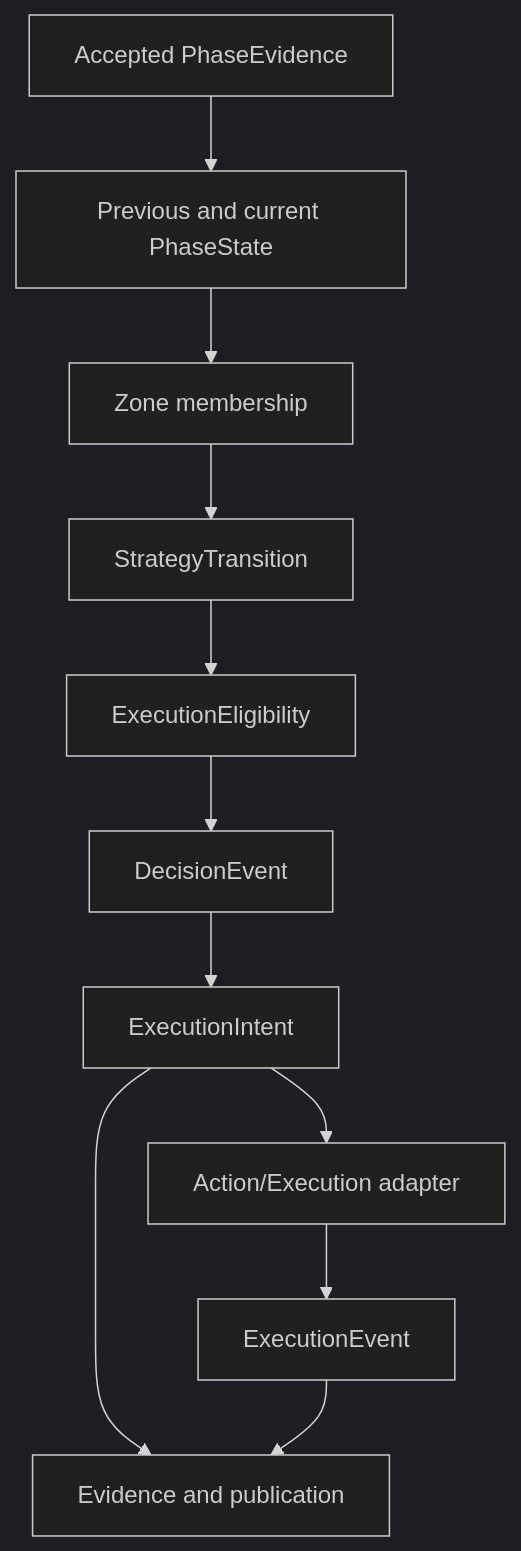
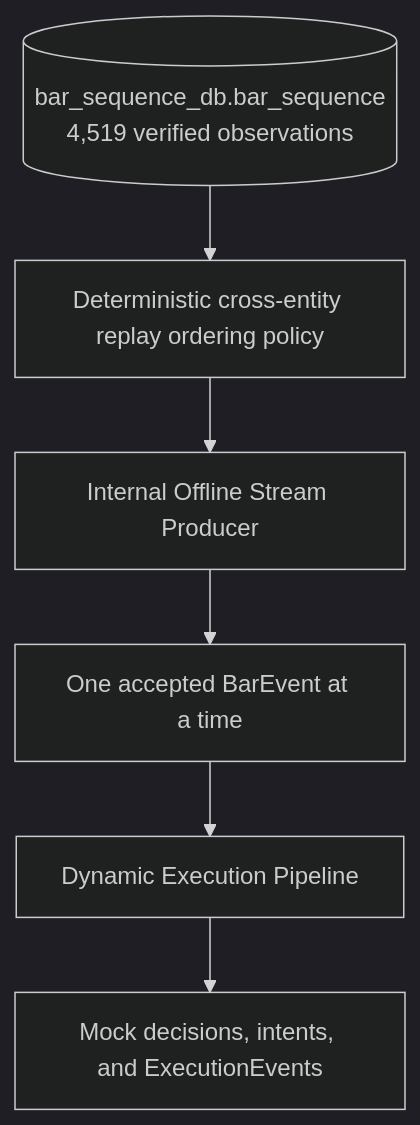
Before and after one commit to srao977/tramuthus: the ninth of 10 diagrams in DSE_JEH/docs/DSE_JEH_TRANS_SAT_1_SYSTEM_DESIGN_V0_1_091226.md, drawn with Mermaid (dark theme). The commit also changed other lines of this file and 1 other file, not shown here.

````diff
--- a/DSE_JEH/docs/DSE_JEH_TRANS_SAT_1_SYSTEM_DESIGN_V0_1_091226.md
+++ b/DSE_JEH/docs/DSE_JEH_TRANS_SAT_1_SYSTEM_DESIGN_V0_1_091226.md
@@ -429,16 +435,10 @@
 ```mermaid
 flowchart TD
-  PE[Accepted PhaseEvidence]
-  PS[Previous and current PhaseState]
-  Z[Zone membership]
-  T[StrategyTransition]
-  E[ExecutionEligibility]
-  D[DecisionEvent]
-  I[ExecutionIntent]
-  A[Evidence and publication]
-  X[Action/Execution adapter]
-  EE[ExecutionEvent]
-  PE --> PS --> Z --> T --> E --> D --> I
-  I --> A
-  I --> X --> EE --> A
+  DB[(bar_sequence_db.bar_sequence<br/>4,519 verified observations)]
+  O[Deterministic cross-entity replay ordering policy]
+  R[Internal Offline Stream Producer]
+  E[One accepted BarEvent at a time]
+  D[Dynamic Execution Pipeline]
+  M[Mock decisions, intents, and ExecutionEvents]
+  DB --> O --> R --> E --> D --> M
 ```
````
